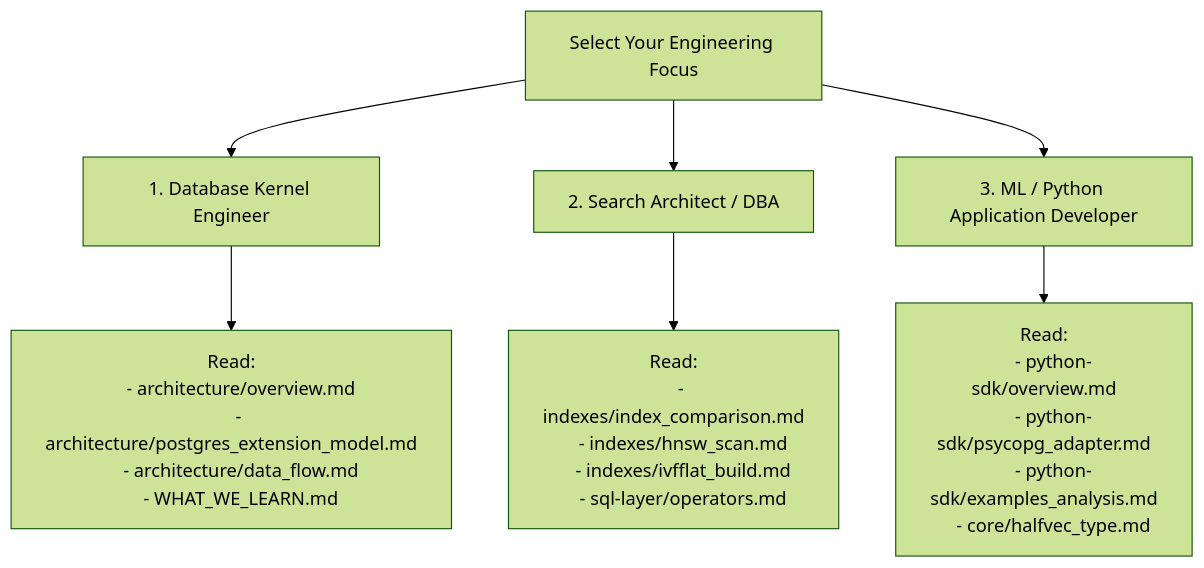
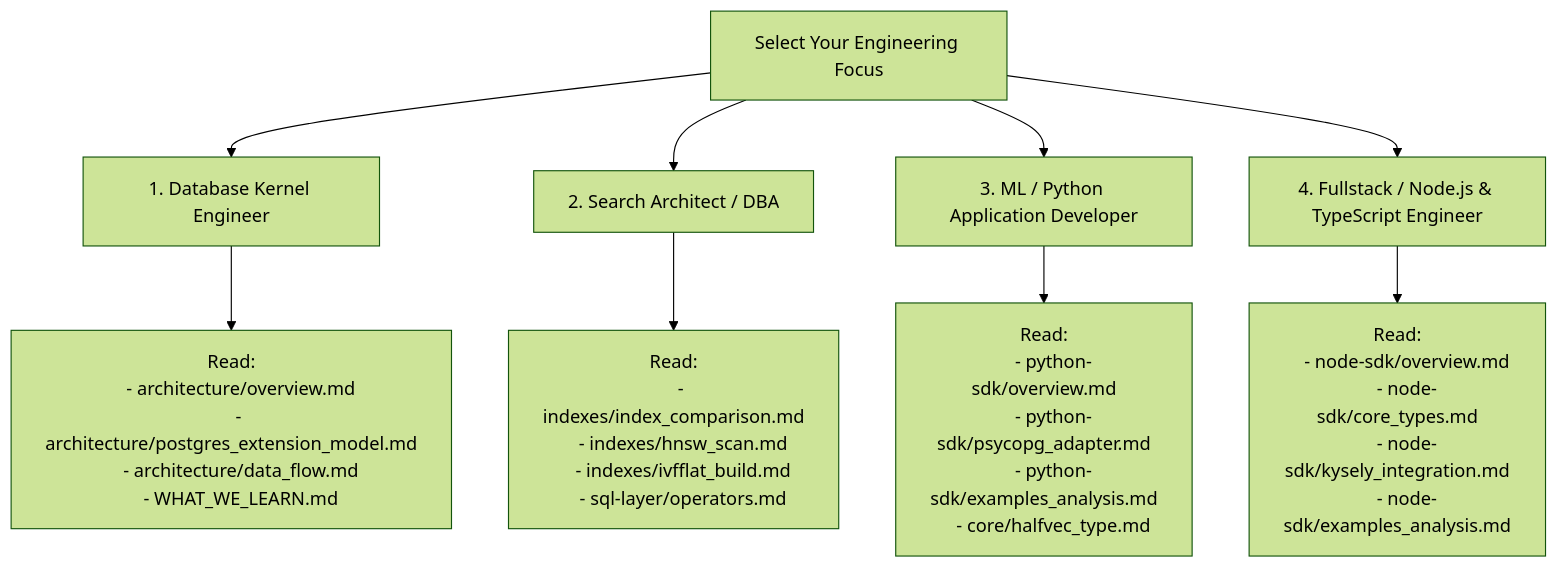
One commit to DikshitRJ/arkivector changed the third of 3 diagrams in RESEARCH/pgvector/README.md. Above: the diagram before and after it, drawn with Mermaid (forest theme). The commit also changed other lines of this file and 2 other files, not shown here.

Commit message:
research(phase6): finalize plan, master README and WHAT_WE_LEARN with Node.js SDK integration

````diff
--- a/RESEARCH/pgvector/README.md
+++ b/RESEARCH/pgvector/README.md
@@ -277,29 +295,37 @@
 ```mermaid
 flowchart TD
     Start["Select Your Engineering Focus"]
     Path1["1. Database Kernel Engineer"]
     Path2["2. Search Architect / DBA"]
     Path3["3. ML / Python Application Developer"]
+    Path4["4. Fullstack / Node.js & TypeScript Engineer"]
 
     Start --> Path1
     Start --> Path2
     Start --> Path3
+    Start --> Path4
 
     Path1 --> P1_Docs["Read:
     - architecture/overview.md
     - architecture/postgres_extension_model.md
     - architecture/data_flow.md
     - WHAT_WE_LEARN.md"]
 
     Path2 --> P2_Docs["Read:
     - indexes/index_comparison.md
     - indexes/hnsw_scan.md
     - indexes/ivfflat_build.md
     - sql-layer/operators.md"]
 
     Path3 --> P3_Docs["Read:
     - python-sdk/overview.md
     - python-sdk/psycopg_adapter.md
     - python-sdk/examples_analysis.md
     - core/halfvec_type.md"]
+
+    Path4 --> P4_Docs["Read:
+    - node-sdk/overview.md
+    - node-sdk/core_types.md
+    - node-sdk/kysely_integration.md
+    - node-sdk/examples_analysis.md"]
 ```
````
